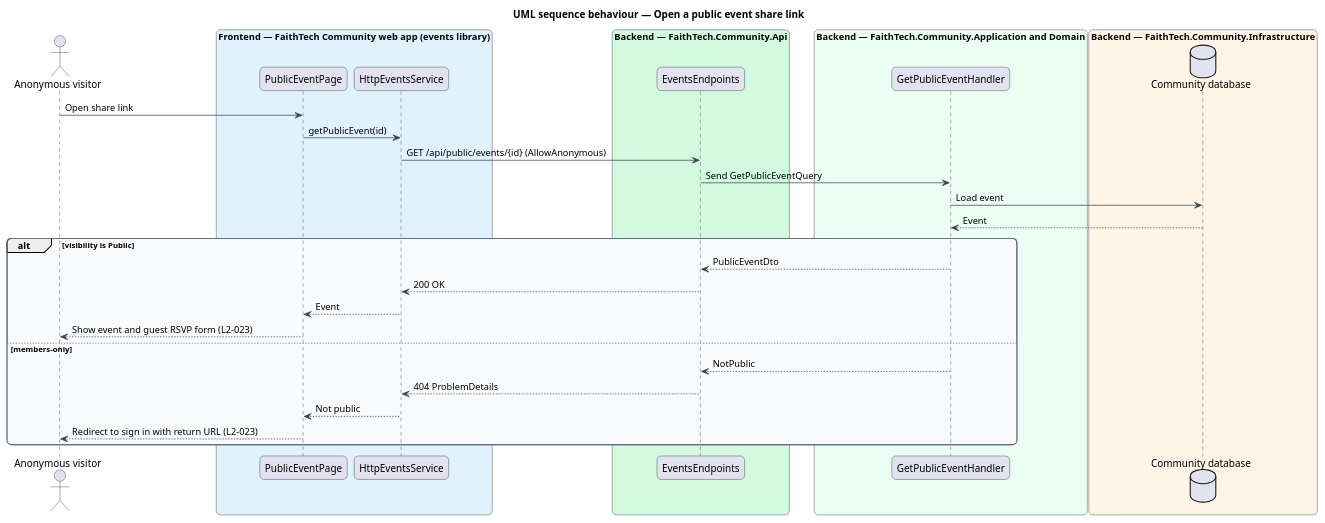
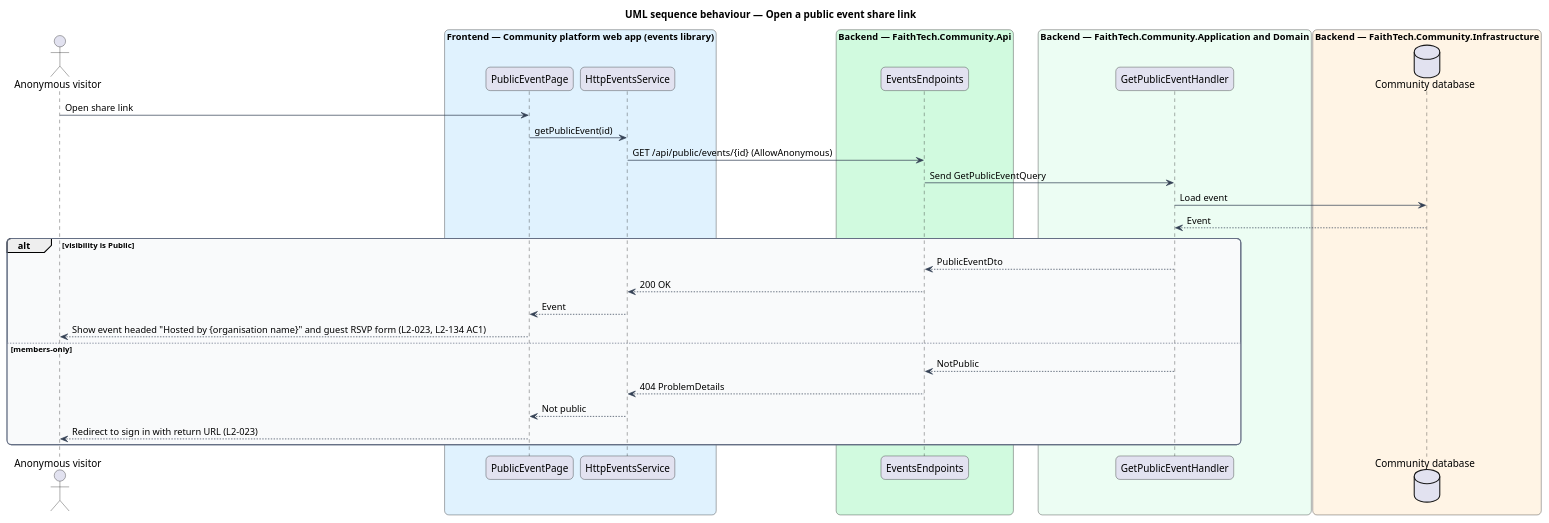
Before and after one commit to QuinntyneBrown/faithtech-community: the diagram in docs/detailed-designs/events/public-events-and-guest-rsvp/diagrams/sequence-open-public-event.puml, drawn with PlantUML. The commit also changed 840 other files, not shown here.

```diff
--- a/docs/detailed-designs/events/public-events-and-guest-rsvp/diagrams/sequence-open-public-event.puml
+++ b/docs/detailed-designs/events/public-events-and-guest-rsvp/diagrams/sequence-open-public-event.puml
@@ -1,49 +1,49 @@
 @startuml
 title UML sequence behaviour — Open a public event share link
 skinparam backgroundColor #FFFFFF
 skinparam shadowing false
 skinparam roundcorner 12
 skinparam defaultFontName Arial
 skinparam ArrowColor #344054
 skinparam rectangle {
   BorderColor #344054
   FontColor #101828
 }
 skinparam package {
   BorderColor #667085
   FontColor #101828
   BackgroundColor #F9FAFB
 }
 actor "Anonymous visitor" as actor
-box "Frontend — FaithTech Community web app (events library)" #E0F2FE
+box "Frontend — Community platform web app (events library)" #E0F2FE
   participant "PublicEventPage" as page
   participant "HttpEventsService" as svc
 end box
 box "Backend — FaithTech.Community.Api" #D1FADF
   participant "EventsEndpoints" as ep
 end box
 box "Backend — FaithTech.Community.Application and Domain" #ECFDF3
   participant "GetPublicEventHandler" as h
 end box
 box "Backend — FaithTech.Community.Infrastructure" #FFF4E5
   database "Community database" as db
 end box
 
 actor -> page : Open share link
 page -> svc : getPublicEvent(id)
 svc -> ep : GET /api/public/events/{id} (AllowAnonymous)
 ep -> h : Send GetPublicEventQuery
 h -> db : Load event
 db --> h : Event
 alt visibility is Public
   h --> ep : PublicEventDto
   ep --> svc : 200 OK
   svc --> page : Event
-  page --> actor : Show event and guest RSVP form (L2-023)
+  page --> actor : Show event headed "Hosted by {organisation name}" and guest RSVP form (L2-023, L2-134 AC1)
 else members-only
   h --> ep : NotPublic
   ep --> svc : 404 ProblemDetails
   svc --> page : Not public
   page --> actor : Redirect to sign in with return URL (L2-023)
 end
 @enduml
```
